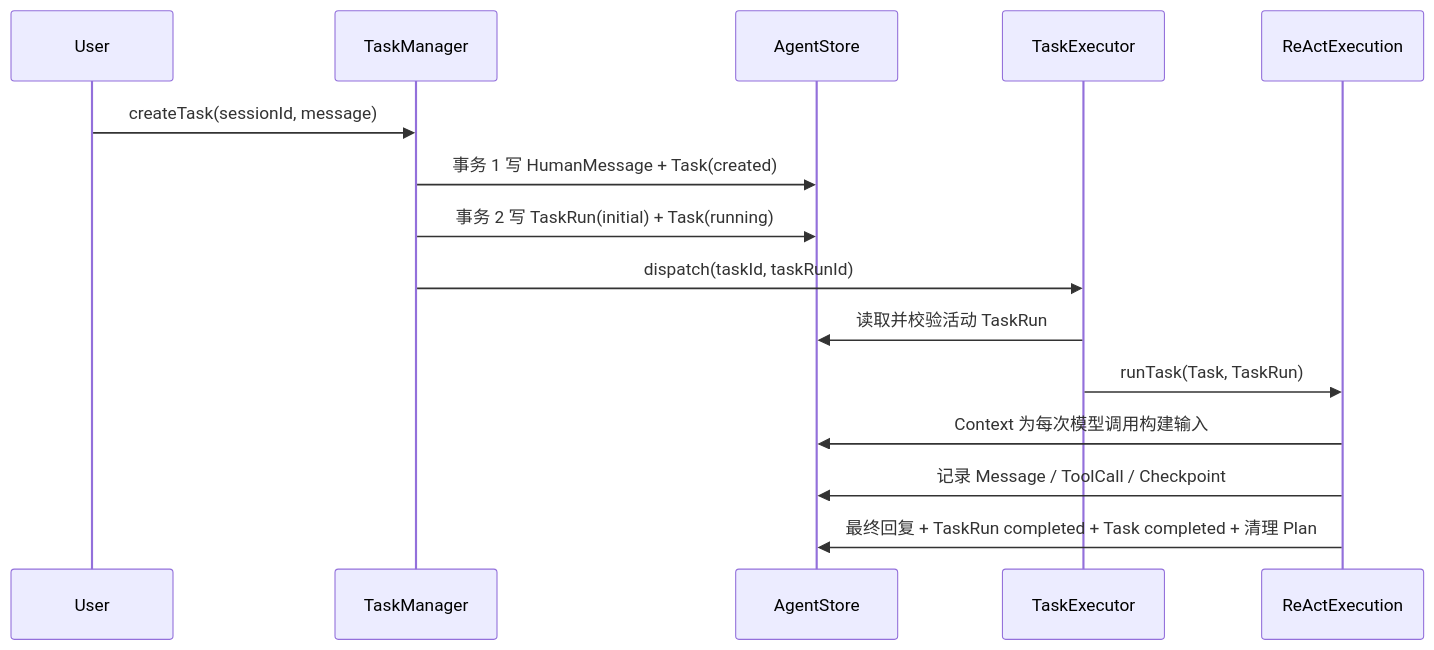
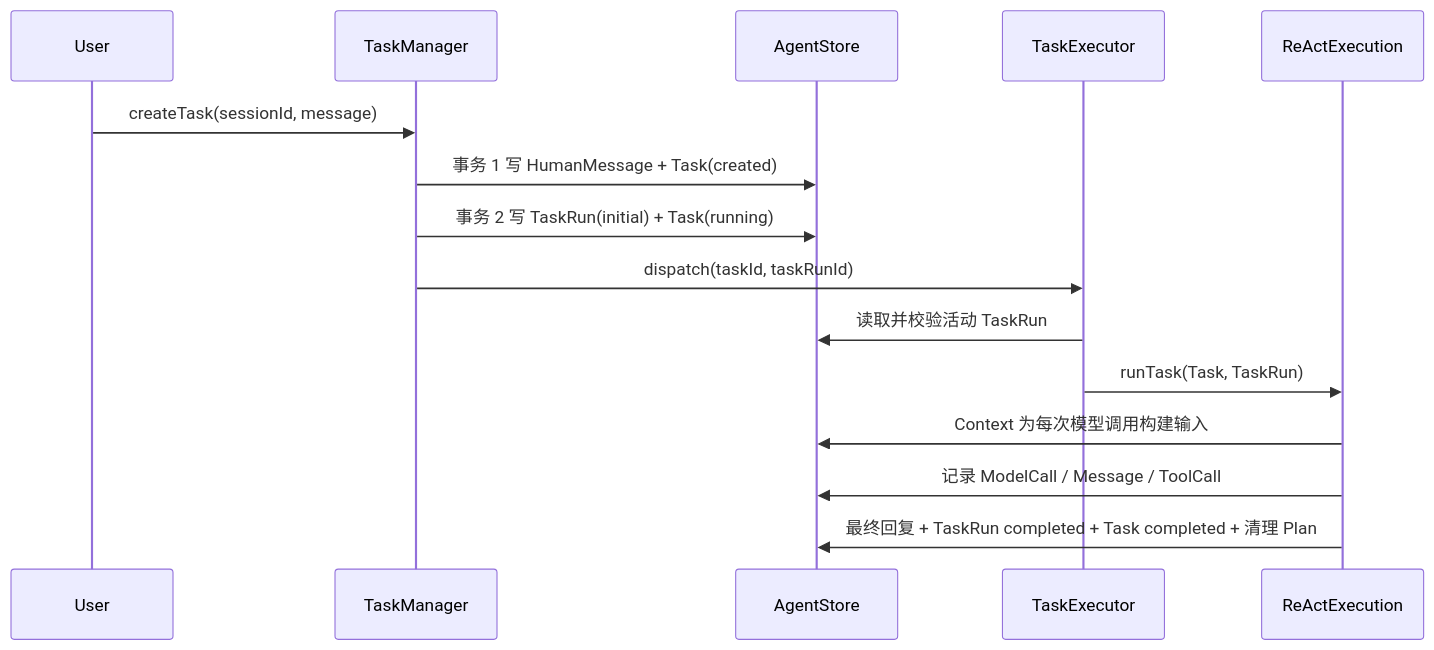
Before and after one commit to lucyonegit/agent-runtime-v2: the diagram in docs/02-execution-recovery-and-hitl.md, drawn with Mermaid. The commit also changed other lines of this file and 17 other files, not shown here.

````diff
--- a/docs/02-execution-recovery-and-hitl.md
+++ b/docs/02-execution-recovery-and-hitl.md
@@ -5,18 +5,18 @@
 ```mermaid
 sequenceDiagram
     participant U as User
     participant M as TaskManager
     participant S as AgentStore
     participant E as TaskExecutor
     participant R as ReActExecution
 
     U->>M: createTask(sessionId, message)
     M->>S: 事务 1 写 HumanMessage + Task(created)
     M->>S: 事务 2 写 TaskRun(initial) + Task(running)
     M->>E: dispatch(taskId, taskRunId)
     E->>S: 读取并校验活动 TaskRun
     E->>R: runTask(Task, TaskRun)
     R->>S: Context 为每次模型调用构建输入
-    R->>S: 记录 Message / ToolCall / Checkpoint
+    R->>S: 记录 ModelCall / Message / ToolCall
     R->>S: 最终回复 + TaskRun completed + Task completed + 清理 Plan
 ```
````
